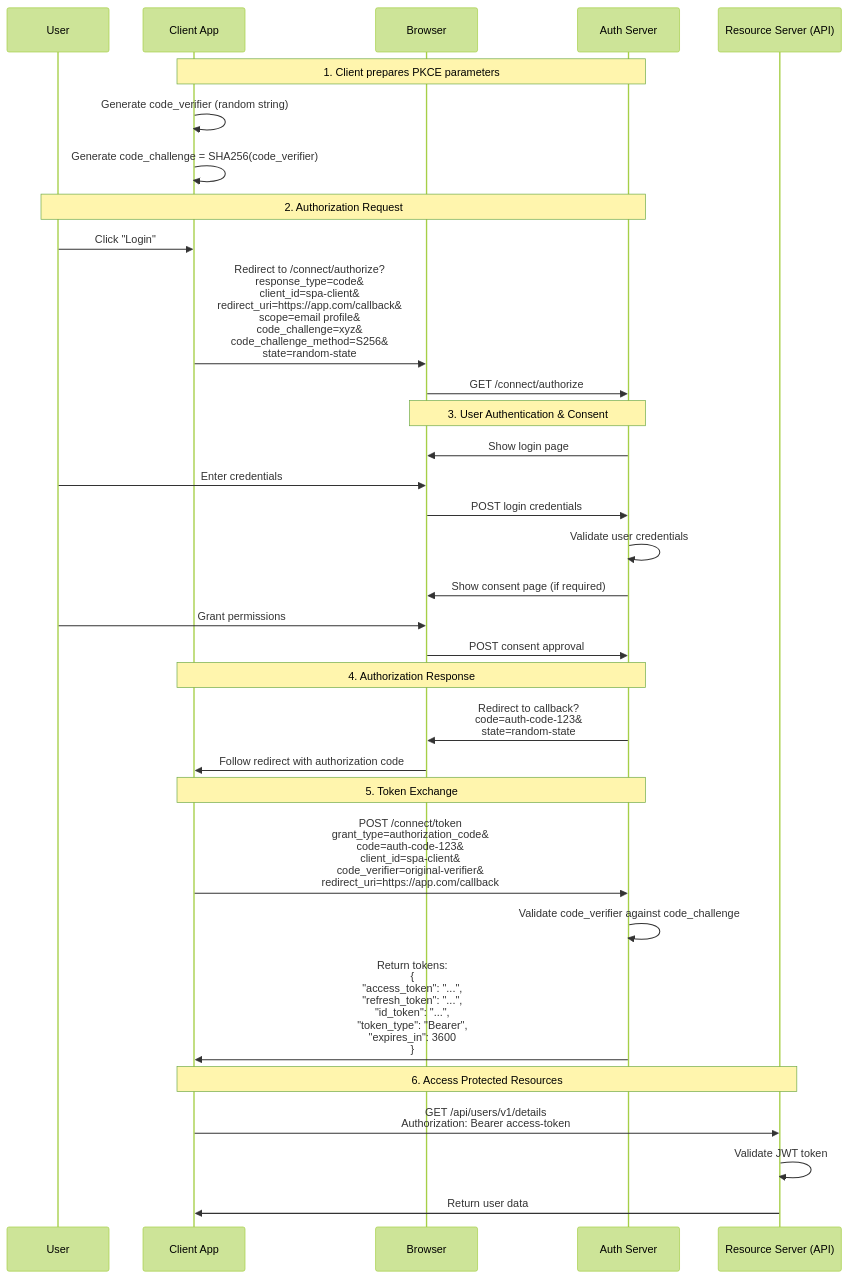
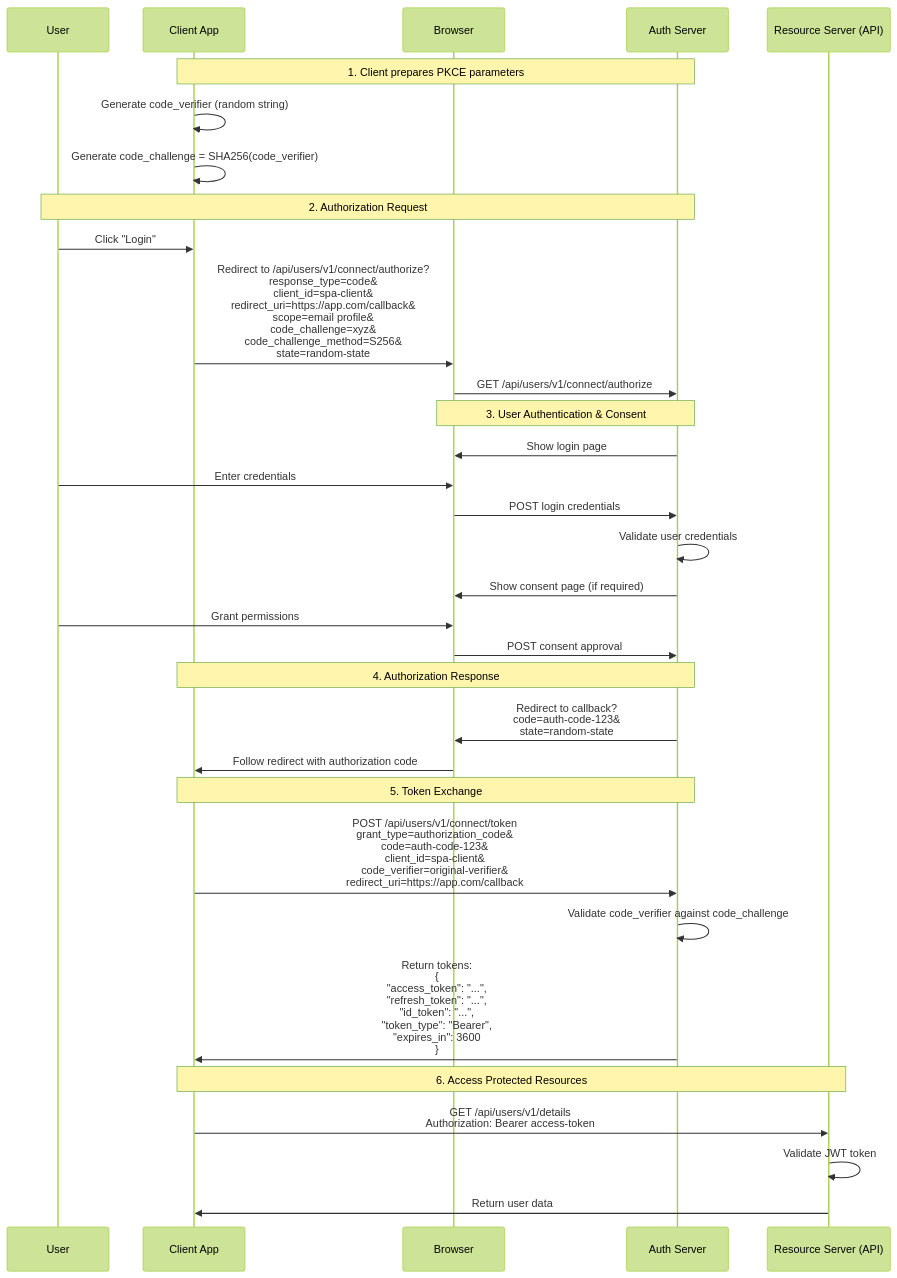
Before and after one commit to DataDog/stickerlandia: the first of 4 diagrams in user-management/docs/Auth.md, drawn with Mermaid (forest theme). The commit also changed other lines of this file and 6 other files, not shown here.

````diff
--- a/user-management/docs/Auth.md
+++ b/user-management/docs/Auth.md
@@ -66,40 +66,40 @@
 ```mermaid
 sequenceDiagram
     participant U as User
     participant C as Client App
     participant B as Browser
     participant AS as Auth Server
     participant RS as Resource Server (API)
 
     Note over C,AS: 1. Client prepares PKCE parameters
     C->>C: Generate code_verifier (random string)
     C->>C: Generate code_challenge = SHA256(code_verifier)
 
     Note over U,AS: 2. Authorization Request
     U->>C: Click "Login"
-    C->>B: Redirect to /connect/authorize?<br/>response_type=code&<br/>client_id=spa-client&<br/>redirect_uri=https://app.com/callback&<br/>scope=email profile&<br/>code_challenge=xyz&<br/>code_challenge_method=S256&<br/>state=random-state
-    B->>AS: GET /connect/authorize
+    C->>B: Redirect to /api/users/v1/connect/authorize?<br/>response_type=code&<br/>client_id=spa-client&<br/>redirect_uri=https://app.com/callback&<br/>scope=email profile&<br/>code_challenge=xyz&<br/>code_challenge_method=S256&<br/>state=random-state
+    B->>AS: GET /api/users/v1/connect/authorize
 
     Note over AS,B: 3. User Authentication & Consent
     AS->>B: Show login page
     U->>B: Enter credentials
     B->>AS: POST login credentials
     AS->>AS: Validate user credentials
     AS->>B: Show consent page (if required)
     U->>B: Grant permissions
     B->>AS: POST consent approval
 
     Note over AS,C: 4. Authorization Response
     AS->>B: Redirect to callback?<br/>code=auth-code-123&<br/>state=random-state
     B->>C: Follow redirect with authorization code
 
     Note over C,AS: 5. Token Exchange
-    C->>AS: POST /connect/token<br/>grant_type=authorization_code&<br/>code=auth-code-123&<br/>client_id=spa-client&<br/>code_verifier=original-verifier&<br/>redirect_uri=https://app.com/callback
+    C->>AS: POST /api/users/v1/connect/token<br/>grant_type=authorization_code&<br/>code=auth-code-123&<br/>client_id=spa-client&<br/>code_verifier=original-verifier&<br/>redirect_uri=https://app.com/callback
     AS->>AS: Validate code_verifier against code_challenge
     AS->>C: Return tokens:<br/>{<br/>  "access_token": "...",<br/>  "refresh_token": "...",<br/>  "id_token": "...",<br/>  "token_type": "Bearer",<br/>  "expires_in": 3600<br/>}
 
     Note over C,RS: 6. Access Protected Resources
     C->>RS: GET /api/users/v1/details<br/>Authorization: Bearer access-token
     RS->>RS: Validate JWT token
     RS->>C: Return user data
 ```
````
